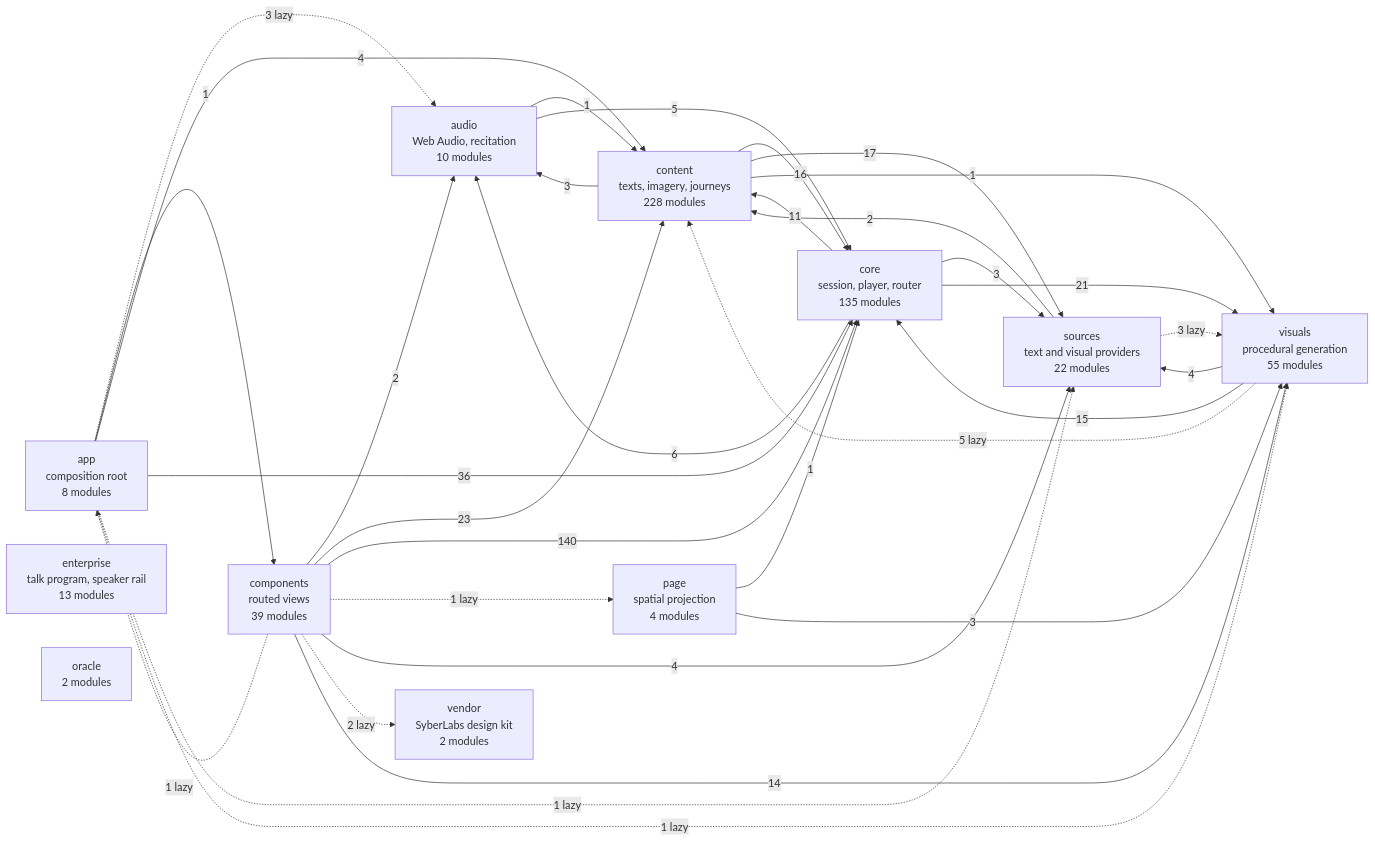
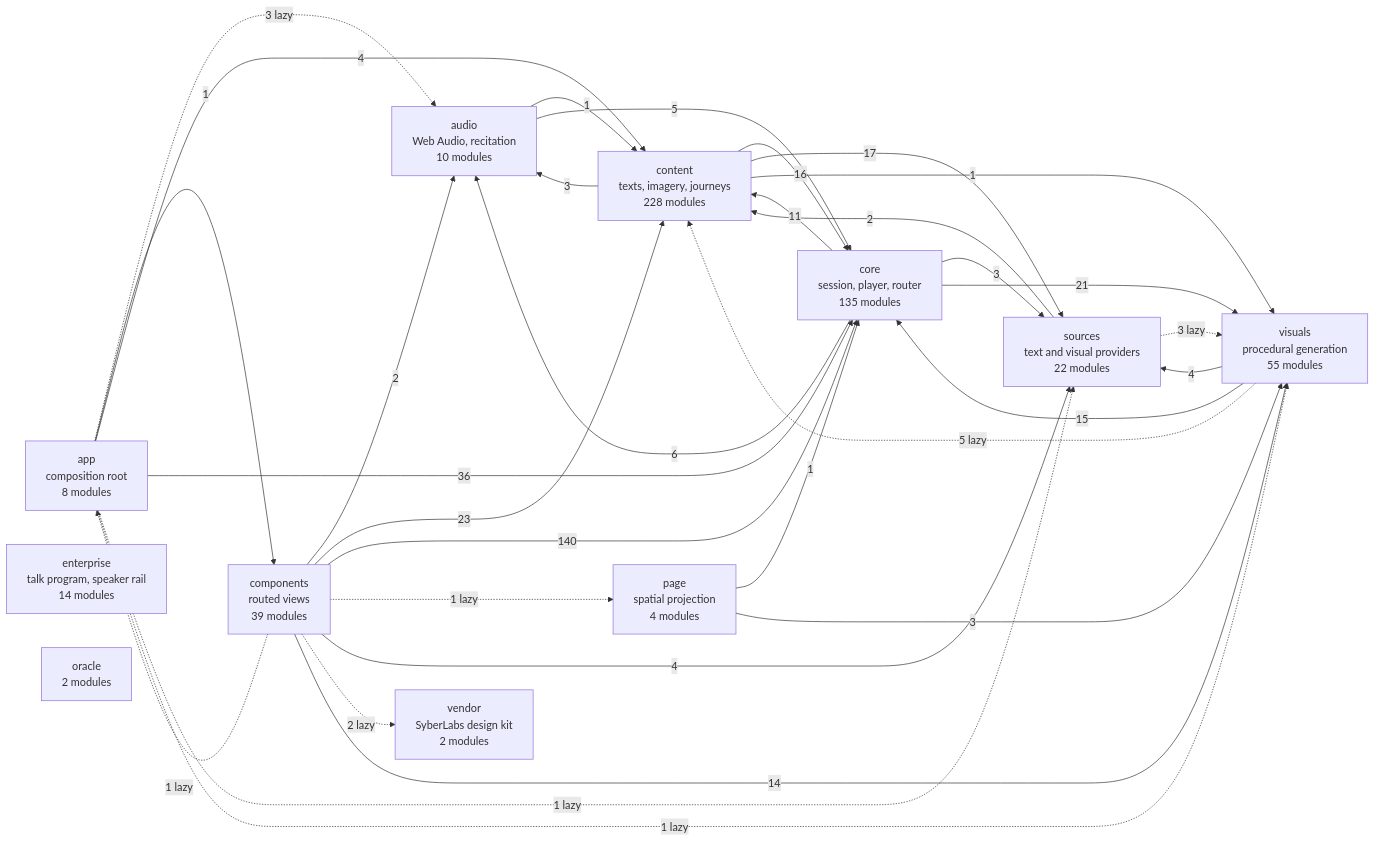
The diagram in docs/specs/ARCHITECTURE.md (SyberLabs/RISE), drawn with Mermaid before and after one commit. The commit also changed 5 other files, not shown here.

````diff
--- a/docs/specs/ARCHITECTURE.md
+++ b/docs/specs/ARCHITECTURE.md
@@ -160,46 +160,46 @@
 ```mermaid
 flowchart LR
     app["app<br/>composition root<br/>8 modules"]
     audio["audio<br/>Web Audio, recitation<br/>10 modules"]
     components["components<br/>routed views<br/>39 modules"]
     content["content<br/>texts, imagery, journeys<br/>228 modules"]
     core["core<br/>session, player, router<br/>135 modules"]
-    enterprise["enterprise<br/>talk program, speaker rail<br/>13 modules"]
+    enterprise["enterprise<br/>talk program, speaker rail<br/>14 modules"]
     oracle["oracle<br/>2 modules"]
     page["page<br/>spatial projection<br/>4 modules"]
     sources["sources<br/>text and visual providers<br/>22 modules"]
     vendor["vendor<br/>SyberLabs design kit<br/>2 modules"]
     visuals["visuals<br/>procedural generation<br/>55 modules"]
 
     app -.-> |3 lazy| audio
     app --> |1| components
     app --> |4| content
     app --> |36| core
     app -.-> |1 lazy| sources
     app -.-> |1 lazy| visuals
     audio --> |1| content
     audio --> |5| core
     components -.-> |1 lazy| app
     components --> |2| audio
     components --> |23| content
     components --> |140| core
     components -.-> |1 lazy| page
     components --> |4| sources
     components -.-> |2 lazy| vendor
     components --> |14| visuals
     content --> |3| audio
     content --> |16| core
     content --> |17| sources
     content --> |1| visuals
     core --> |6| audio
     core --> |11| content
     core --> |3| sources
     core --> |21| visuals
     page --> |1| core
     page --> |3| visuals
     sources --> |2| content
     sources -.-> |3 lazy| visuals
     visuals -.-> |5 lazy| content
     visuals --> |15| core
     visuals --> |4| sources
 ```
````
